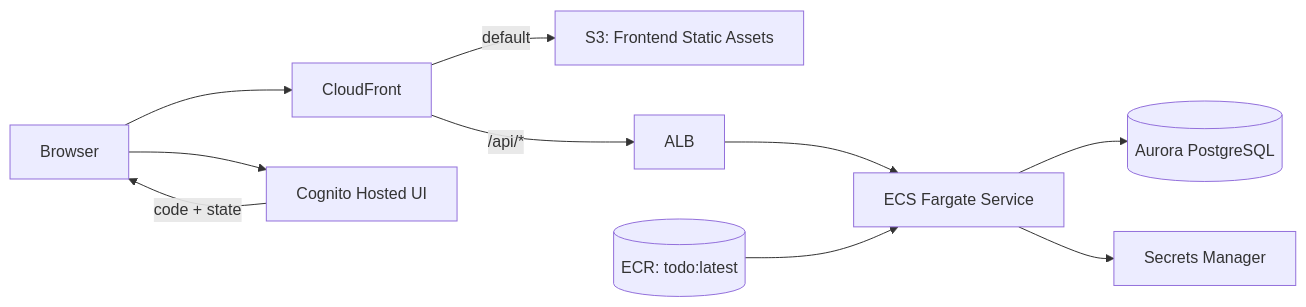
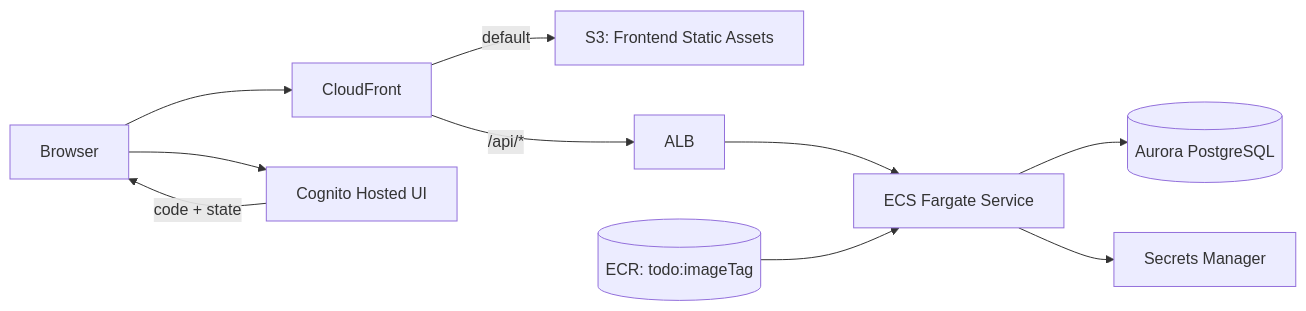
Before and after one commit to rafty/Todo-ECS-Sample: the diagram in docs/infra/ecs-aurora-runtime-baseline.md, drawn with Mermaid. The commit also changed other lines of this file and 13 other files, not shown here.

````diff
--- a/docs/infra/ecs-aurora-runtime-baseline.md
+++ b/docs/infra/ecs-aurora-runtime-baseline.md
@@ -17,13 +17,13 @@
 ```mermaid
 flowchart LR
   User[Browser] --> CF[CloudFront]
   CF -->|default| S3[S3: Frontend Static Assets]
   CF -->|/api/*| ALB[ALB]
   ALB --> ECS[ECS Fargate Service]
   ECS --> RDS[(Aurora PostgreSQL)]
   ECS --> SM[Secrets Manager]
-  ECR[(ECR: todo:latest)] --> ECS
+  ECR[(ECR: todo:imageTag)] --> ECS
 
   User --> COGUI[Cognito Hosted UI]
   COGUI -->|code + state| User
 ```
````
